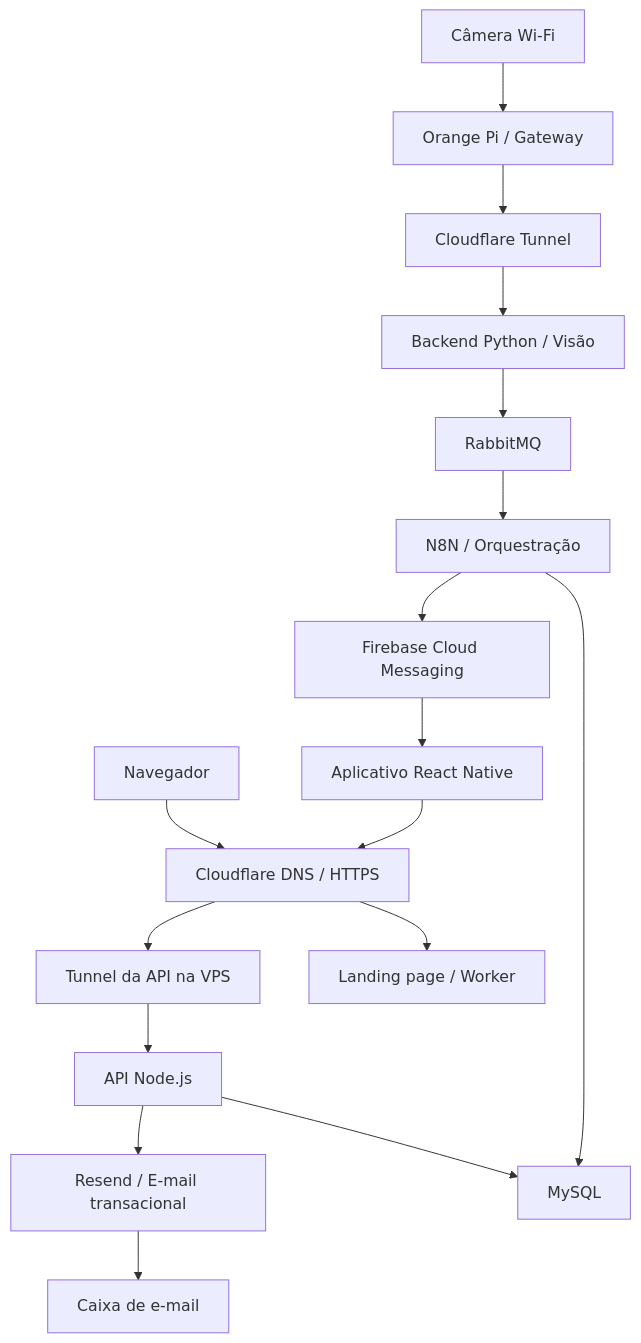
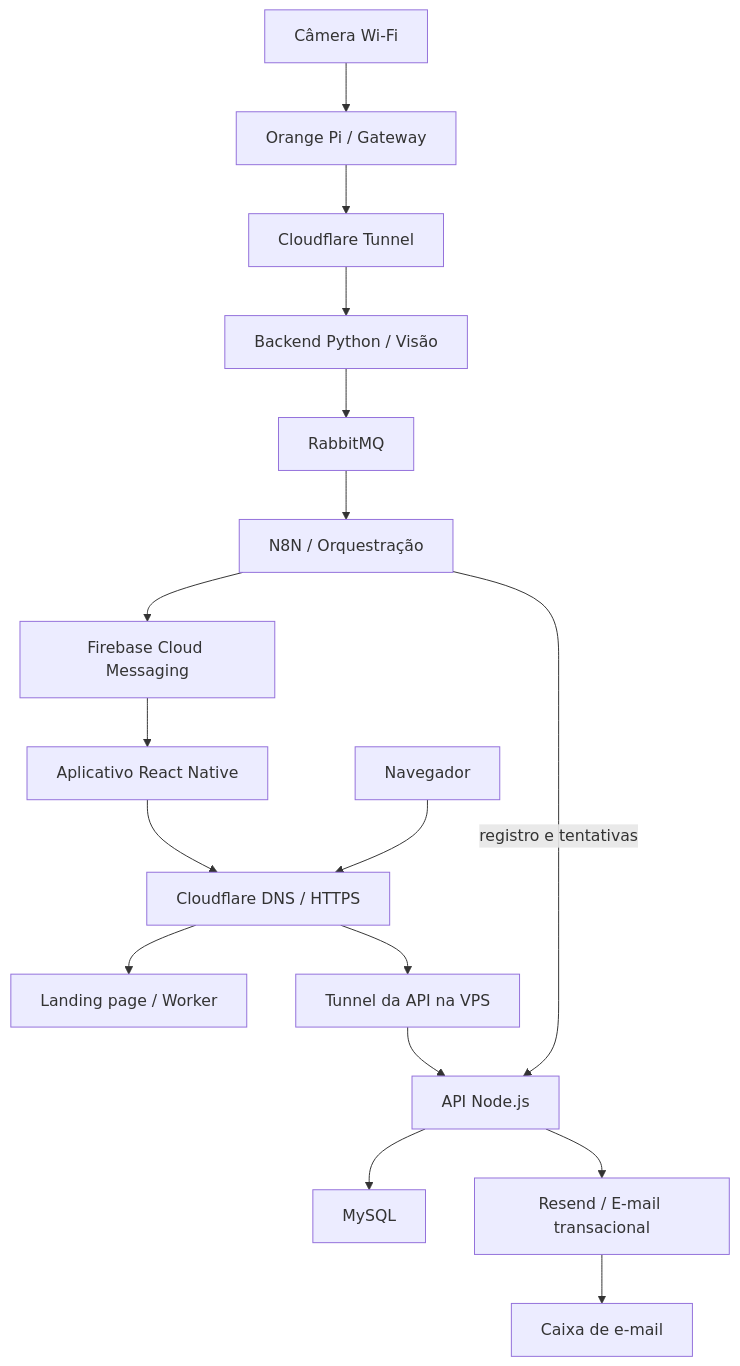
Before and after one commit to poolsafe/poolsafe-app-frontend: the diagram in POOLSAFE_SOURCE_OF_TRUTH.md, drawn with Mermaid. The commit also changed other lines of this file, not shown here.

Commit message:
docs: update POOLSAFE_SOURCE_OF_TRUTH to consolidate Slice 9B and refine architecture details

````diff
--- a/POOLSAFE_SOURCE_OF_TRUTH.md
+++ b/POOLSAFE_SOURCE_OF_TRUTH.md
@@ -86,19 +86,19 @@
 ```mermaid
 flowchart TD
     WEB["Navegador"] --> EDGE["Cloudflare DNS / HTTPS"]
     EDGE --> SITE["Landing page / Worker"]
     CAM["Câmera Wi-Fi"] --> GW["Orange Pi / Gateway"]
     GW --> CF["Cloudflare Tunnel"]
     CF --> PY["Backend Python / Visão"]
     PY --> MQ["RabbitMQ"]
     MQ --> N8N["N8N / Orquestração"]
-    N8N --> DB["MySQL"]
+    N8N -->|"registro e tentativas"| API["API Node.js"]
+    API --> DB["MySQL"]
     N8N --> FCM["Firebase Cloud Messaging"]
     FCM --> APP["Aplicativo React Native"]
     APP --> EDGE
     EDGE --> APITUN["Tunnel da API na VPS"]
-    APITUN --> API["API Node.js"]
-    API --> DB
+    APITUN --> API
     API --> EMAIL["Resend / E-mail transacional"]
     EMAIL --> MAIL["Caixa de e-mail"]
 ```
````
